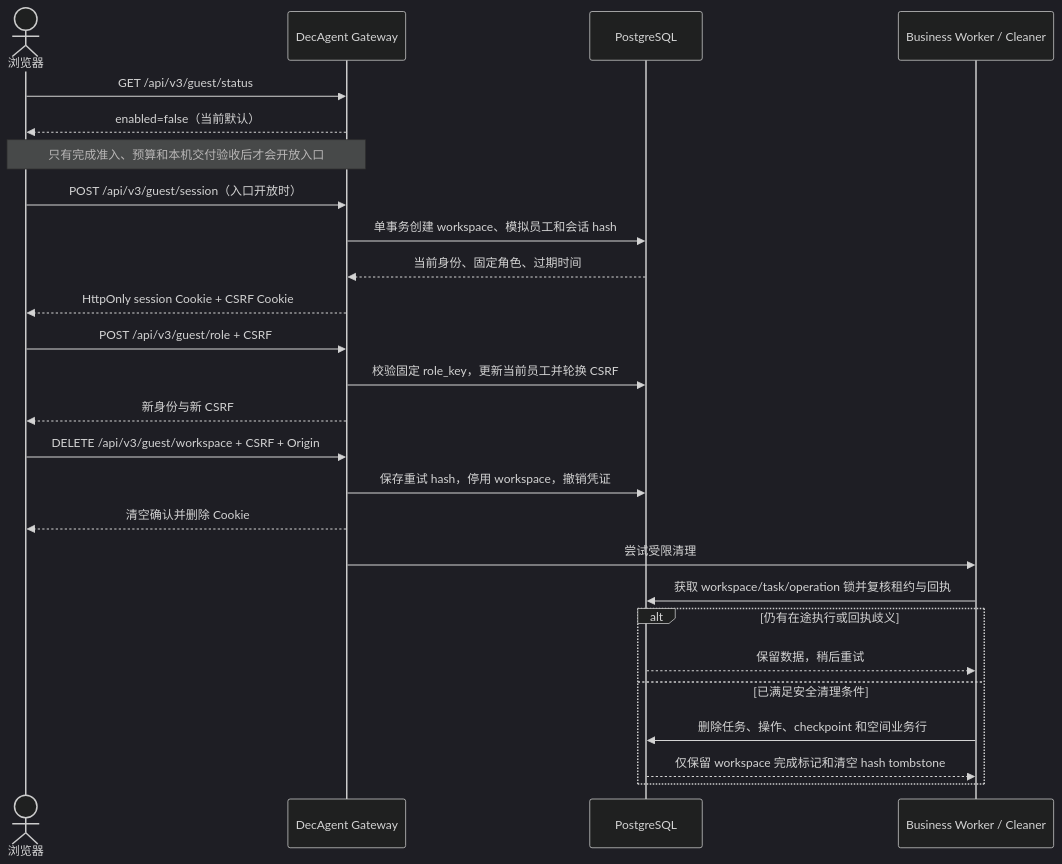
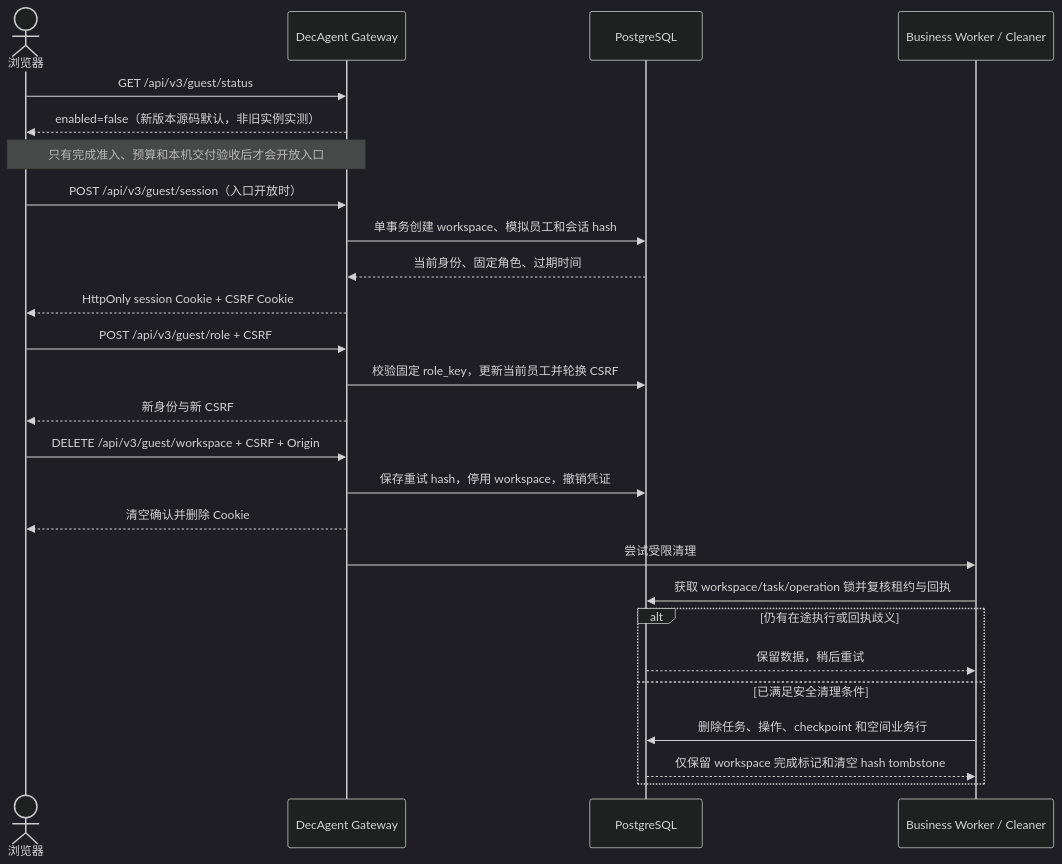
One commit to shuaibilx/DecAgent changed the first of 2 diagrams in generated/261021/游客使用/1135_游客会话与权限说明.md. Above: the diagram before and after it, drawn with Mermaid (dark theme). The commit also changed other lines of this file and 42 other files, not shown here.

````diff
--- a/generated/261021/游客使用/1135_游客会话与权限说明.md
+++ b/generated/261021/游客使用/1135_游客会话与权限说明.md
@@ -27,32 +29,32 @@
 ```mermaid
 sequenceDiagram
     actor Browser as 浏览器
     participant API as DecAgent Gateway
     participant DB as PostgreSQL
     participant Worker as Business Worker / Cleaner
 
     Browser->>API: GET /api/v3/guest/status
-    API-->>Browser: enabled=false（当前默认）
+    API-->>Browser: enabled=false（新版本源码默认，非旧实例实测）
     Note over Browser,API: 只有完成准入、预算和本机交付验收后才会开放入口
 
     Browser->>API: POST /api/v3/guest/session（入口开放时）
     API->>DB: 单事务创建 workspace、模拟员工和会话 hash
     DB-->>API: 当前身份、固定角色、过期时间
     API-->>Browser: HttpOnly session Cookie + CSRF Cookie
 
     Browser->>API: POST /api/v3/guest/role + CSRF
     API->>DB: 校验固定 role_key，更新当前员工并轮换 CSRF
     API-->>Browser: 新身份与新 CSRF
 
     Browser->>API: DELETE /api/v3/guest/workspace + CSRF + Origin
     API->>DB: 保存重试 hash，停用 workspace，撤销凭证
     API-->>Browser: 清空确认并删除 Cookie
     API->>Worker: 尝试受限清理
     Worker->>DB: 获取 workspace/task/operation 锁并复核租约与回执
     alt 仍有在途执行或回执歧义
         DB-->>Worker: 保留数据，稍后重试
     else 已满足安全清理条件
         Worker->>DB: 删除任务、操作、checkpoint 和空间业务行
         DB-->>Worker: 仅保留 workspace 完成标记和清空 hash tombstone
     end
 ```
````
